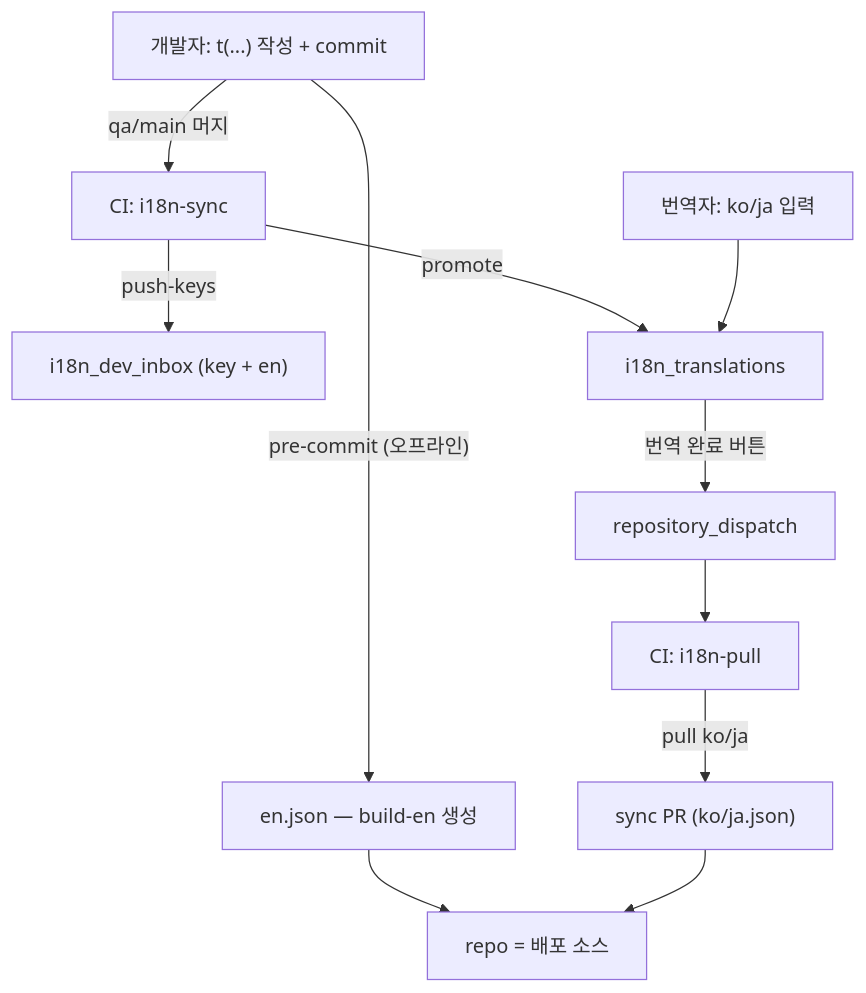
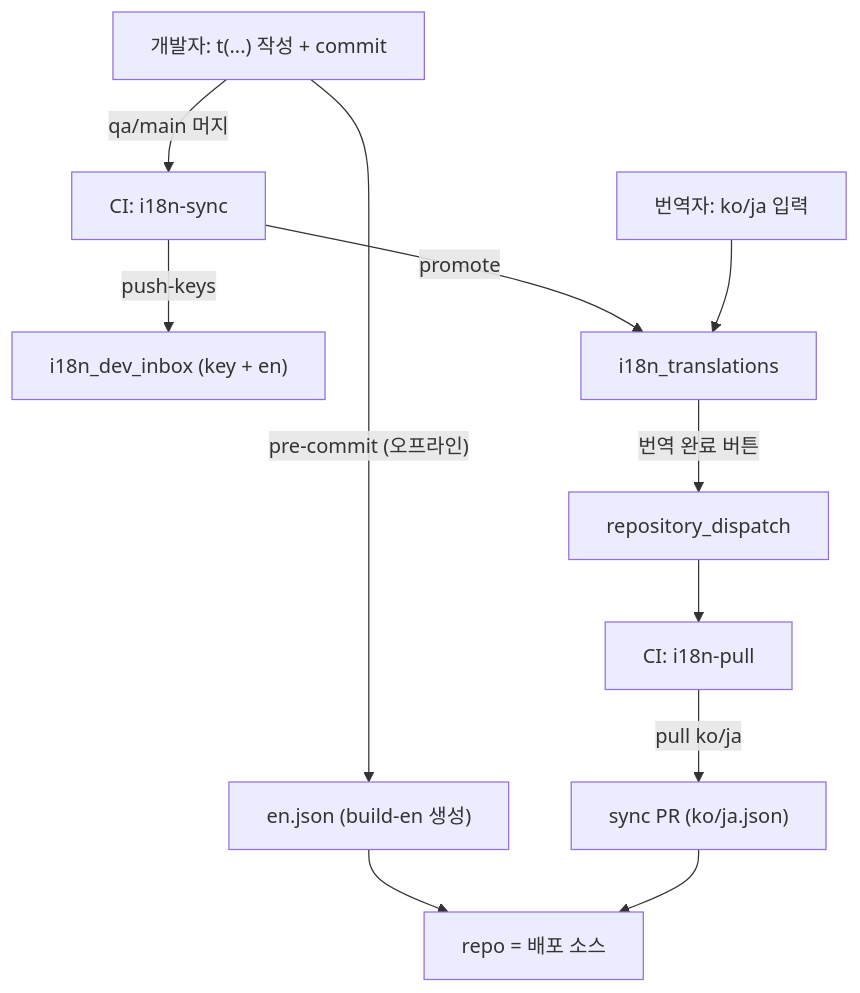
The diagram in content/posts/frontend/i18n/i18n-translation-flow.mdx (dev-frankie/dev-frankie), drawn with Mermaid before and after one commit. The commit also changed other lines of this file and 17 other files, not shown here.

````diff
--- a/content/posts/frontend/i18n/i18n-translation-flow.mdx
+++ b/content/posts/frontend/i18n/i18n-translation-flow.mdx
@@ -70,13 +70,13 @@
 ```mermaid
 flowchart TD
-	Dev["개발자: t(...) 작성 + commit"] -->|"pre-commit (오프라인)"| EN["en.json — build-en 생성"]
+	Dev["개발자: t(...) 작성 + commit"] -->|"pre-commit (오프라인)"| EN["en.json (build-en 생성)"]
 	Dev -->|"qa/main 머지"| CI1["CI: i18n-sync"]
 	CI1 -->|push-keys| Inbox["i18n_dev_inbox (key + en)"]
 	CI1 -->|promote| Trans["i18n_translations"]
 	Tr["번역자: ko/ja 입력"] --> Trans
 	Trans -->|"번역 완료 버튼"| Disp["repository_dispatch"]
 	Disp --> CI2["CI: i18n-pull"]
 	CI2 -->|"pull ko/ja"| PR["sync PR (ko/ja.json)"]
 	EN --> Repo["repo = 배포 소스"]
 	PR --> Repo
 ```
````
